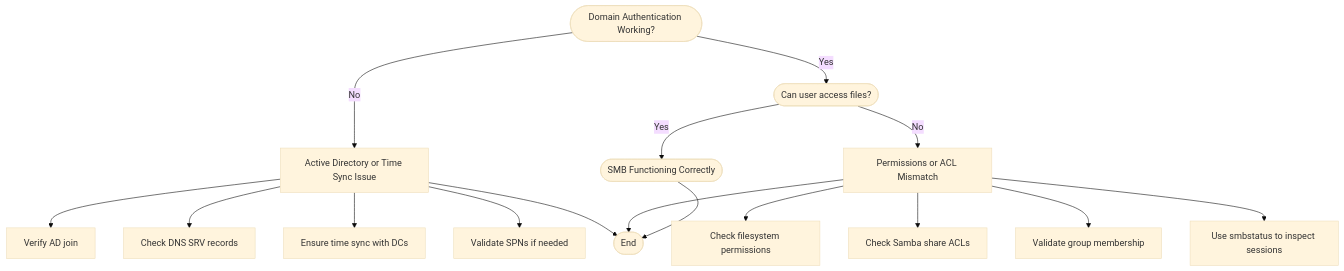
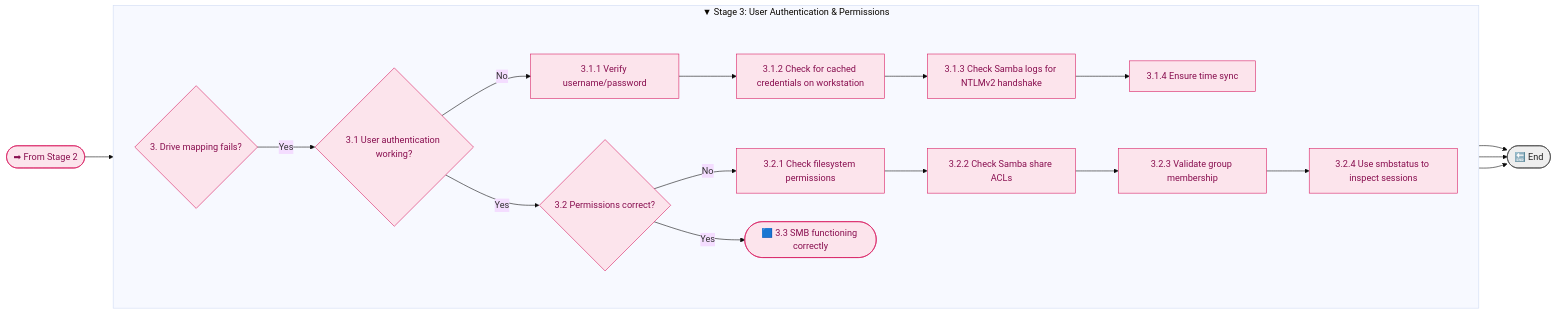
Before and after one commit to rikosintie/Haas_Data_collect: the fourth of 4 diagrams in docs/appendices/appendix-g.md, drawn with Mermaid (base theme). The commit also changed other lines of this file, not shown here.

````diff
--- a/docs/appendices/appendix-g.md
+++ b/docs/appendices/appendix-g.md
@@ -86,23 +130,44 @@
 ```mermaid
-flowchart TD
 
-F([Domain Authentication Working?]) -->|No| F1[Active Directory or Time Sync Issue]
+flowchart LR
 
-F1 --> F1a[Verify AD join]
-F1 --> F1b[Check DNS SRV records]
-F1 --> F1c[Ensure time sync with DCs]
-F1 --> F1d[Validate SPNs if needed]
-F1 --> Z([End])
+    %% Styles
+    classDef stage3 fill:#fce4ec,stroke:#d81b60,stroke-width:1px,color:#880e4f;
+    classDef terminal fill:#eeeeee,stroke:#424242,color:#212121,stroke-width:1px;
 
-F -->|Yes| G([Can user access files?])
+    %% Stage 3 Entry
+    A([➡ From Stage 2]) --> D{3. Drive mapping fails?}
+    class A,D stage3
 
-G -->|No| G1[Permissions or ACL Mismatch]
-G1 --> G1a[Check filesystem permissions]
-G1 --> G1b[Check Samba share ACLs]
-G1 --> G1c[Validate group membership]
-G1 --> G1d[Use smbstatus to inspect sessions]
-G1 --> Z([End])
+    %% Stage 3
+    subgraph Stage3 [▼ Stage 3: User Authentication & Permissions]
+        direction LR
 
-G -->|Yes| H([SMB Functioning Correctly])
-H --> Z([End])
+        %% Tier 1 — Authentication
+        D -->|Yes| E{3.1 User authentication working?}
+
+        E -->|No| E1[3.1.1 Verify username/password]
+        E1 --> E2[3.1.2 Check for cached credentials on workstation]
+        E2 --> E3[3.1.3 Check Samba logs for NTLMv2 handshake]
+        E3 --> E4[3.1.4 Ensure time sync]
+
+        %% Tier 2 — Permissions
+        E -->|Yes| F{3.2 Permissions correct?}
+
+        F -->|No| F1[3.2.1 Check filesystem permissions]
+        F1 --> F2[3.2.2 Check Samba share ACLs]
+        F2 --> F3[3.2.3 Validate group membership]
+        F3 --> F4[3.2.4 Use smbstatus to inspect sessions]
+
+        %% Success
+        F -->|Yes| G([🟦 3.3 SMB functioning correctly])
+    end
+
+    class E,E1,E2,E3,E4,F,F1,F2,F3,F4,G stage3
+
+    %% Endpoints
+    E4 --> Z([🔚 End])
+    F4 --> Z
+    G --> Z
+    class Z terminal
 ```
````
